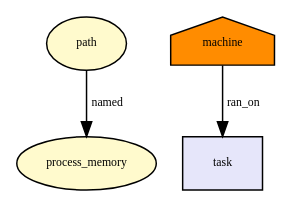
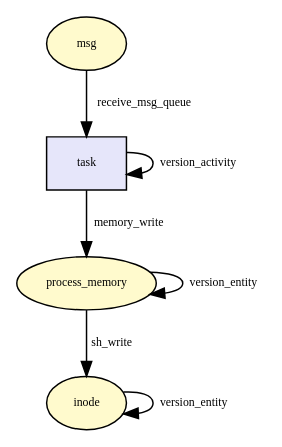
Before and after one commit to CamFlow/camflow-dev: the diagram in docs/dot/mq_timedreceive.dot, drawn with Graphviz. The commit also changed 43 other files, not shown here.

```diff
--- a/docs/dot/mq_timedreceive.dot
+++ b/docs/dot/mq_timedreceive.dot
@@ -1,13 +1,21 @@
-digraph RGL__DirectedAdjacencyGraph {path[fontsize = 8,label = path,shape = ellipse, fillcolor="#fffacd", style = filled]
+digraph RGL__DirectedAdjacencyGraph {msg[fontsize = 8,label = msg,shape = ellipse, fillcolor="#fffacd", style = filled]
+
+task[fontsize = 8,label = task,shape = rectangle, fillcolor="#e6e6fa", style = filled]
+
+msg -> task[fontsize = 8,label = receive_msg_queue]
 
 process_memory[fontsize = 8,label = process_memory,shape = ellipse, fillcolor="#fffacd", style = filled]
 
-path -> process_memory[fontsize = 8,label = named]
+task -> process_memory[fontsize = 8,label = memory_write]
 
-machine[fontsize = 8,label = machine,shape = house, fillcolor="#ff8c00", style = filled]
+task -> task[fontsize = 8,label = version_activity]
 
-task[fontsize = 8,label = task,shape = rectangle, fillcolor="#e6e6fa", style = filled]
+process_memory -> process_memory[fontsize = 8,label = version_entity]
 
-machine -> task[fontsize = 8,label = ran_on]
+inode[fontsize = 8,label = inode,shape = ellipse, fillcolor="#fffacd", style = filled]
+
+process_memory -> inode[fontsize = 8,label = sh_write]
+
+inode -> inode[fontsize = 8,label = version_entity]
 
 }
```
